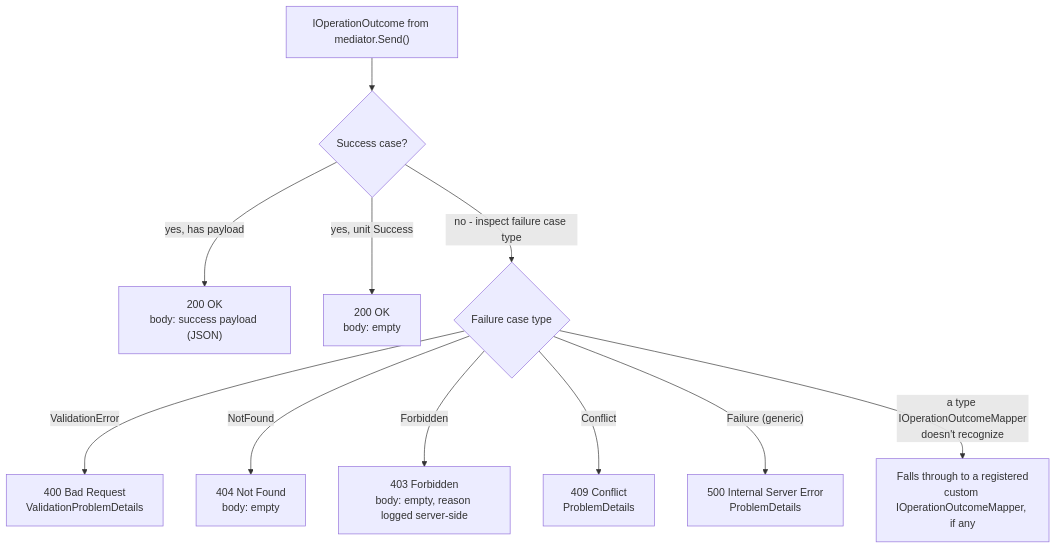
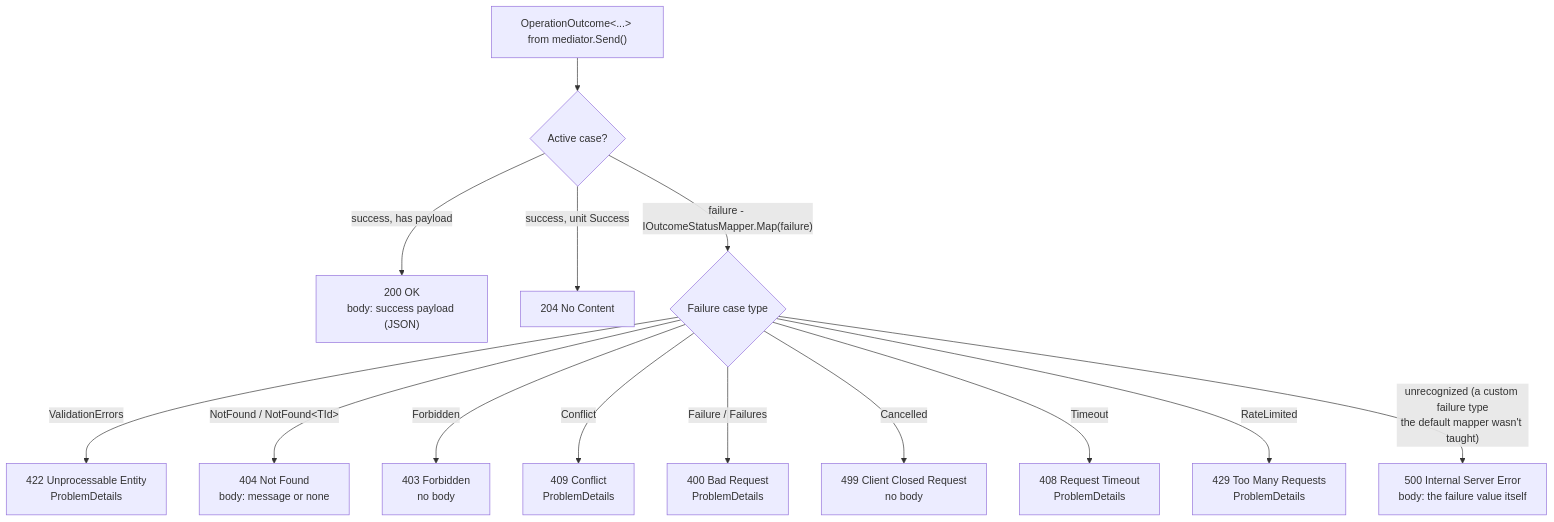
The diagram in documentation/aspnetcore-integration.md (rheone/interlocutor), drawn with Mermaid before and after one commit. The commit also changed other lines of this file and 3 other files, not shown here.

First line of the commit message:
docs: fix HTTP status-code mapping and invalid OperationOutcome arities

````diff
--- a/documentation/aspnetcore-integration.md
+++ b/documentation/aspnetcore-integration.md
@@ -77,13 +77,16 @@
 ```mermaid
 flowchart TD
-    Outcome["IOperationOutcome from mediator.Send()"] --> IsSuccess{"Success case?"}
-    IsSuccess -->|"yes, has payload"| Ok200["200 OK<br/>body: success payload (JSON)"]
-    IsSuccess -->|"yes, unit Success"| Ok200Empty["200 OK<br/>body: empty"]
-    IsSuccess -->|"no - inspect failure case type"| CaseType{"Failure case type"}
-    CaseType -->|"ValidationError"| Bad400["400 Bad Request<br/>ValidationProblemDetails"]
-    CaseType -->|"NotFound"| NotFound404["404 Not Found<br/>body: empty"]
-    CaseType -->|"Forbidden"| Forbidden403["403 Forbidden<br/>body: empty, reason logged server-side"]
+    Outcome["OperationOutcome&lt;...&gt; from mediator.Send()"] --> IsSuccess{"Active case?"}
+    IsSuccess -->|"success, has payload"| Ok200["200 OK<br/>body: success payload (JSON)"]
+    IsSuccess -->|"success, unit Success"| NoContent204["204 No Content"]
+    IsSuccess -->|"failure - IOutcomeStatusMapper.Map(failure)"| CaseType{"Failure case type"}
+    CaseType -->|"ValidationErrors"| Unprocessable422["422 Unprocessable Entity<br/>ProblemDetails"]
+    CaseType -->|"NotFound / NotFound&lt;TId&gt;"| NotFound404["404 Not Found<br/>body: message or none"]
+    CaseType -->|"Forbidden"| Forbidden403["403 Forbidden<br/>no body"]
     CaseType -->|"Conflict"| Conflict409["409 Conflict<br/>ProblemDetails"]
-    CaseType -->|"Failure (generic)"| Error500["500 Internal Server Error<br/>ProblemDetails"]
-    CaseType -->|"a type IOperationOutcomeMapper<br/>doesn't recognize"| Custom["Falls through to a registered<br/>custom IOperationOutcomeMapper, if any"]
+    CaseType -->|"Failure / Failures"| Bad400["400 Bad Request<br/>ProblemDetails"]
+    CaseType -->|"Cancelled"| ClientClosed499["499 Client Closed Request<br/>no body"]
+    CaseType -->|"Timeout"| Timeout408["408 Request Timeout<br/>ProblemDetails"]
+    CaseType -->|"RateLimited"| TooMany429["429 Too Many Requests<br/>ProblemDetails"]
+    CaseType -->|"unrecognized (a custom failure type<br/>the default mapper wasn't taught)"| Error500["500 Internal Server Error<br/>body: the failure value itself"]
 ```
````
